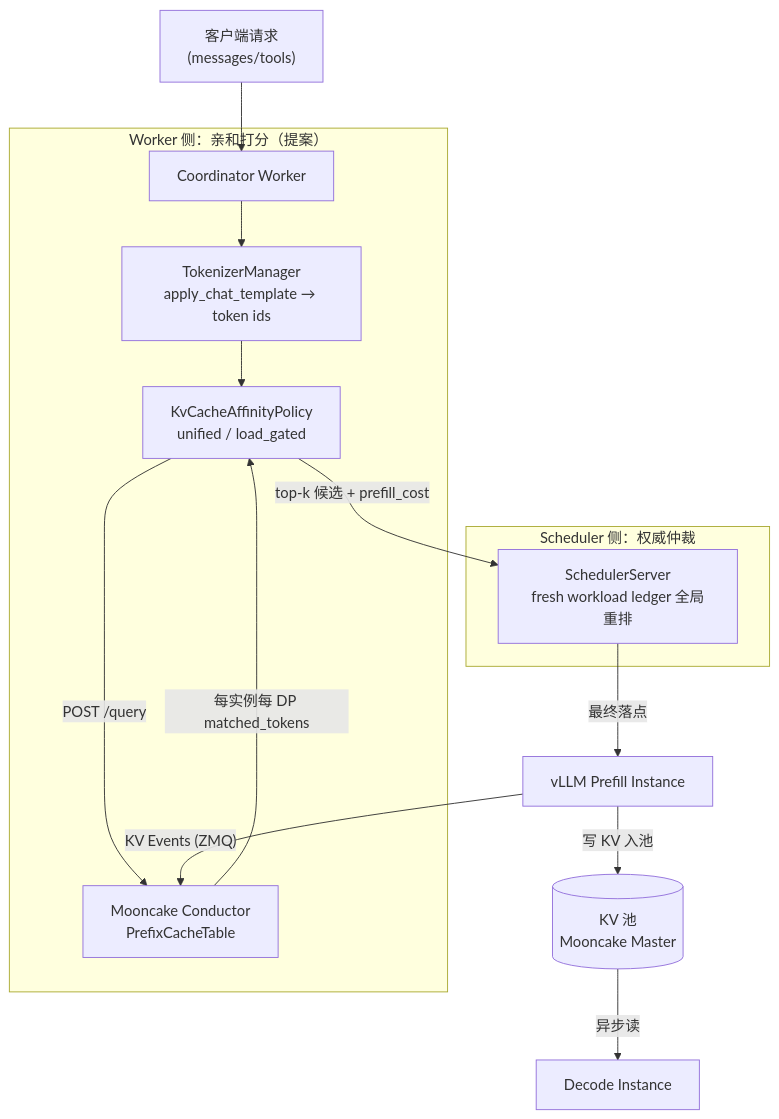
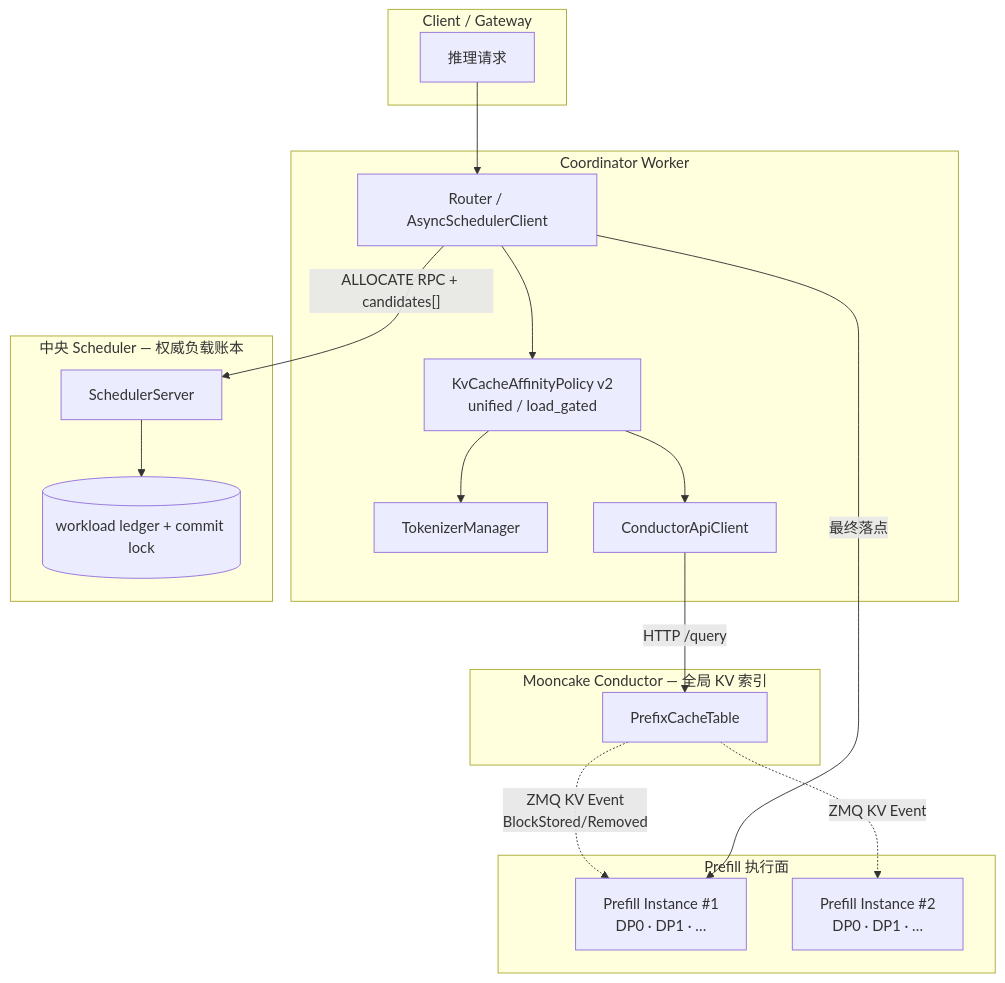
One commit to Lyr-GW/interview-docs changed the first of 3 diagrams in docs/topics/kv-cache-affinity.md. Above: the diagram before and after it, drawn with Mermaid. The commit also changed other lines of this file and 2 other files, not shown here.

Commit message:
[sync] kv-cache-affinity + function-call updated

````diff
--- a/docs/topics/kv-cache-affinity.md
+++ b/docs/topics/kv-cache-affinity.md
@@ -20,18 +19,38 @@
 ```mermaid
-graph TB
-    Client["客户端请求<br/>(messages/tools)"]
-    Client --> Router["Coordinator Worker"]
-    subgraph Worker["Worker 侧：亲和打分（提案）"]
-        Router --> TM["TokenizerManager<br/>apply_chat_template → token ids"]
-        TM --> Policy["KvCacheAffinityPolicy<br/>unified / load_gated"]
-        Policy -->|"POST /query"| Conductor["Mooncake Conductor<br/>PrefixCacheTable"]
-        Conductor -->|"每实例每 DP matched_tokens"| Policy
+flowchart TB
+    subgraph Client["Client / Gateway"]
+        REQ[推理请求]
     end
-    subgraph Sched["Scheduler 侧：权威仲裁"]
-        Policy -->|"top-k 候选 + prefill_cost"| Arbiter["SchedulerServer<br/>fresh workload ledger 全局重排"]
+
+    subgraph Coord["Coordinator Worker"]
+        ROUTER[Router / AsyncSchedulerClient]
+        POLICY["KvCacheAffinityPolicy v2<br/>unified / load_gated"]
+        TOK[TokenizerManager]
+        CAC[ConductorApiClient]
     end
-    Arbiter -->|"最终落点"| P1["vLLM Prefill Instance"]
-    P1 -->|"KV Events (ZMQ)"| Conductor
-    P1 -->|"写 KV 入池"| Pool[("KV 池<br/>Mooncake Master")]
-    Pool -->|"异步读"| D1["Decode Instance"]
+
+    subgraph Conductor["Mooncake Conductor — 全局 KV 索引"]
+        IDX[PrefixCacheTable]
+    end
+
+    subgraph Sched["中央 Scheduler — 权威负载账本"]
+        SS[SchedulerServer]
+        LEDGER[(workload ledger + commit lock)]
+    end
+
+    subgraph Prefill["Prefill 执行面"]
+        P1["Prefill Instance #1<br/>DP0 · DP1 · …"]
+        P2["Prefill Instance #2<br/>DP0 · DP1 · …"]
+    end
+
+    REQ --> ROUTER
+    ROUTER --> POLICY
+    POLICY --> TOK
+    POLICY --> CAC
+    CAC -->|"HTTP /query"| IDX
+    IDX -.->|"ZMQ KV Event<br/>BlockStored/Removed"| P1
+    IDX -.->|"ZMQ KV Event"| P2
+    ROUTER -->|"ALLOCATE RPC + candidates[]"| SS
+    SS --> LEDGER
+    ROUTER -->|"最终落点"| P1
 ```
````
